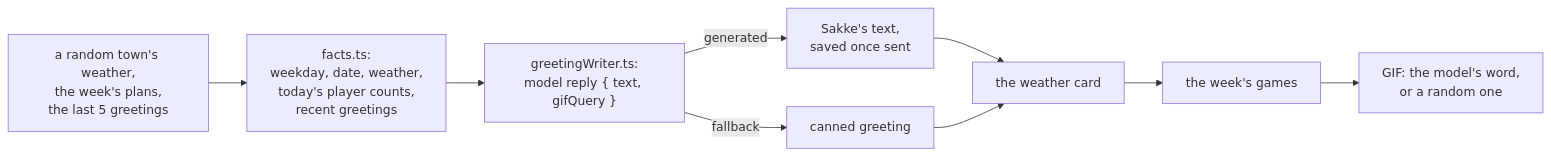
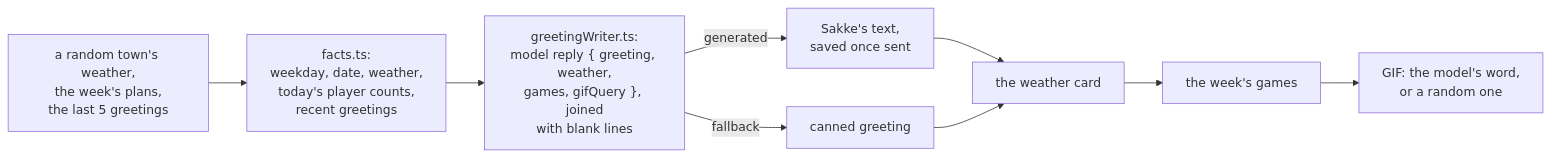
One commit to saarinenvh/sakariheitaja changed the diagram in src/features/morning-greeting/README.md. Above: the diagram before and after it, drawn with Mermaid. The commit also changed other lines of this file and 10 other files, not shown here.

First line of the commit message:
feat: the morning greeting in three parts with blank lines, like the commentary

````diff
--- a/src/features/morning-greeting/README.md
+++ b/src/features/morning-greeting/README.md
@@ -18,11 +21,11 @@
 ```mermaid
 flowchart LR
     Gather["a random town's weather,<br/>the week's plans,<br/>the last 5 greetings"] --> Facts["facts.ts:<br/>weekday, date, weather,<br/>today's player counts,<br/>recent greetings"]
-    Facts --> Writer["greetingWriter.ts:<br/>model reply { text, gifQuery }"]
+    Facts --> Writer["greetingWriter.ts:<br/>model reply { greeting, weather,<br/>games, gifQuery }, joined<br/>with blank lines"]
     Writer -->|generated| Text["Sakke's text,<br/>saved once sent"]
     Writer -->|fallback| Canned["canned greeting"]
     Text --> Weather["the weather card"]
     Canned --> Weather
     Weather --> Games["the week's games"]
     Games --> Gif["GIF: the model's word,<br/>or a random one"]
 ```
````
